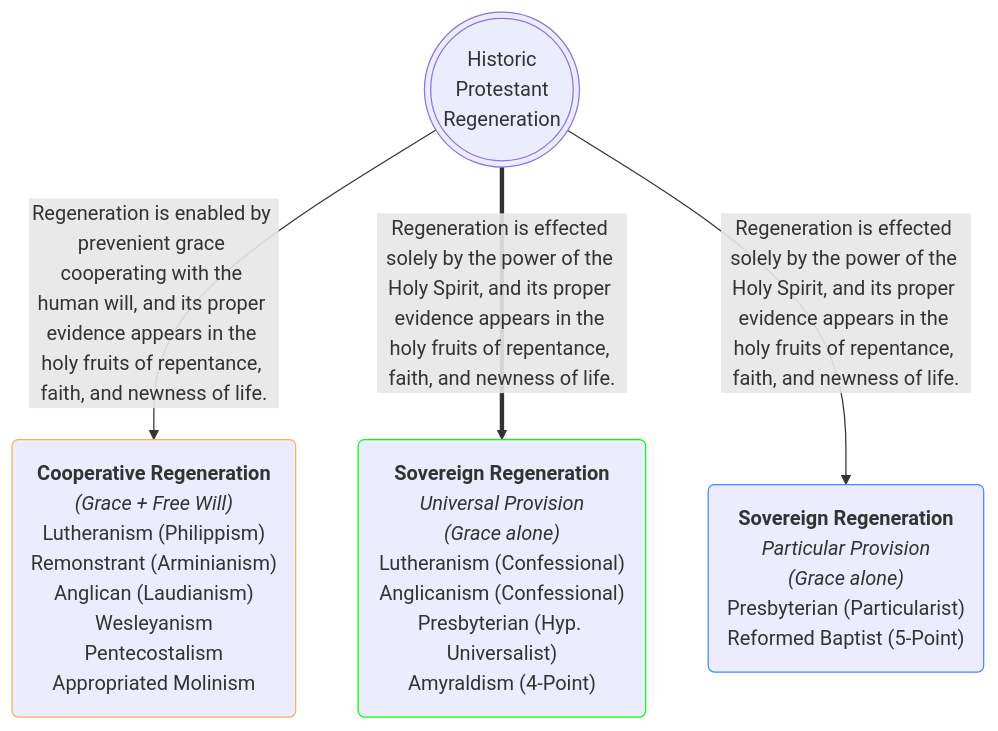
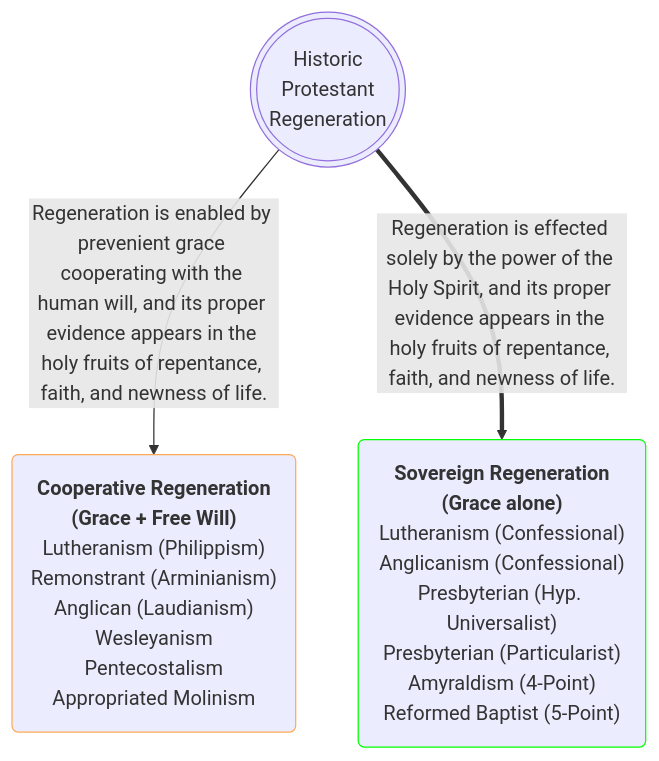
The second of 5 diagrams in _posts/2025-08-03-historic-protestant-position.markdown (OrdoLuminis/ordoluminis.github.io), drawn with Mermaid before and after one commit. The commit also changed other lines of this file, not shown here.

````diff
--- a/_posts/2025-08-03-historic-protestant-position.markdown
+++ b/_posts/2025-08-03-historic-protestant-position.markdown
@@ -90,10 +89,8 @@
 ```mermaid
 flowchart TD
     A(((Historic<br>Protestant<br>Regeneration)))
-    A -->|Regeneration is enabled by prevenient grace cooperating with the human will, and its proper evidence appears in the holy fruits of repentance, faith, and newness of life.| H(<strong>Cooperative Regeneration</strong><em><br>&lpar;Grace + Free Will&rpar;</em><br>Lutheranism &lpar;Philippism&rpar;<br>Remonstrant &lpar;Arminianism&rpar;<br>Anglican &lpar;Laudianism&rpar;<br>Wesleyanism<br>Pentecostalism<br>Appropriated Molinism):::orange
-    A ==>|Regeneration is effected solely by the power of the Holy Spirit, and its proper evidence appears in the holy fruits of repentance, faith, and newness of life.| G(<strong>Sovereign Regeneration</strong><br><em>Universal Provision<br>&lpar;Grace alone&rpar;</em><br>Lutheranism &lpar;Confessional&rpar;<br>Anglicanism &lpar;Confessional&rpar;<br>Presbyterian &lpar;Hyp. Universalist&rpar;<br>Amyraldism &lpar;4-Point&rpar;):::green
-    A -->|Regeneration is effected solely by the power of the Holy Spirit, and its proper evidence appears in the holy fruits of repentance, faith, and newness of life.| P(<strong>Sovereign Regeneration</strong><br><em>Particular Provision<br>&lpar;Grace alone&rpar;</em><br>Presbyterian &lpar;Particularist&rpar;<br>Reformed Baptist &lpar;5-Point&rpar;):::blue
+    A -->|Regeneration is enabled by prevenient grace cooperating with the human will, and its proper evidence appears in the holy fruits of repentance, faith, and newness of life.| H(<strong>Cooperative Regeneration<br>&lpar;Grace + Free Will&rpar;</strong><br>Lutheranism &lpar;Philippism&rpar;<br>Remonstrant &lpar;Arminianism&rpar;<br>Anglican &lpar;Laudianism&rpar;<br>Wesleyanism<br>Pentecostalism<br>Appropriated Molinism):::orange
+    A ==>|Regeneration is effected solely by the power of the Holy Spirit, and its proper evidence appears in the holy fruits of repentance, faith, and newness of life.| G(<strong>Sovereign Regeneration<br>&lpar;Grace alone&rpar;</strong><br>Lutheranism &lpar;Confessional&rpar;<br>Anglicanism &lpar;Confessional&rpar;<br>Presbyterian &lpar;Hyp. Universalist&rpar;<br>Presbyterian &lpar;Particularist&rpar;<br>Amyraldism &lpar;4-Point&rpar;<br>Reformed Baptist &lpar;5-Point&rpar;):::green
     classDef green stroke:#0f0
     classDef orange stroke:#fa5
-    classDef blue stroke:#48f
 ```
````
